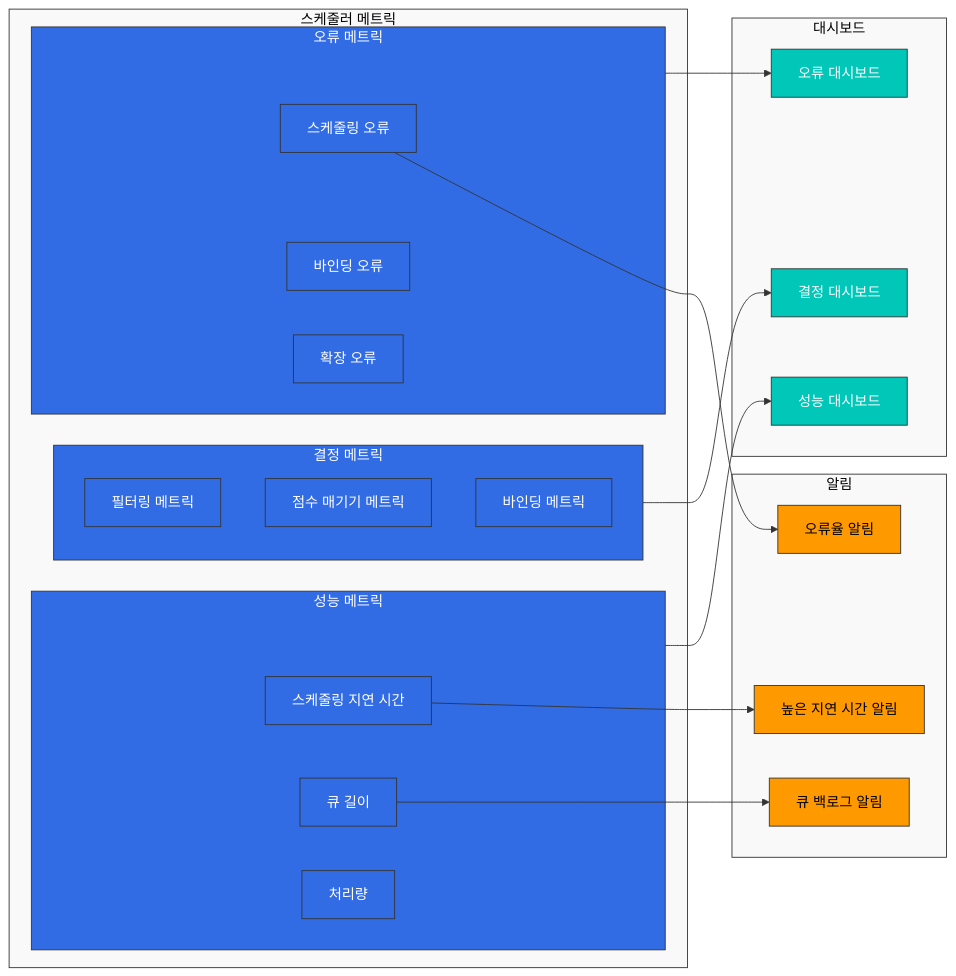
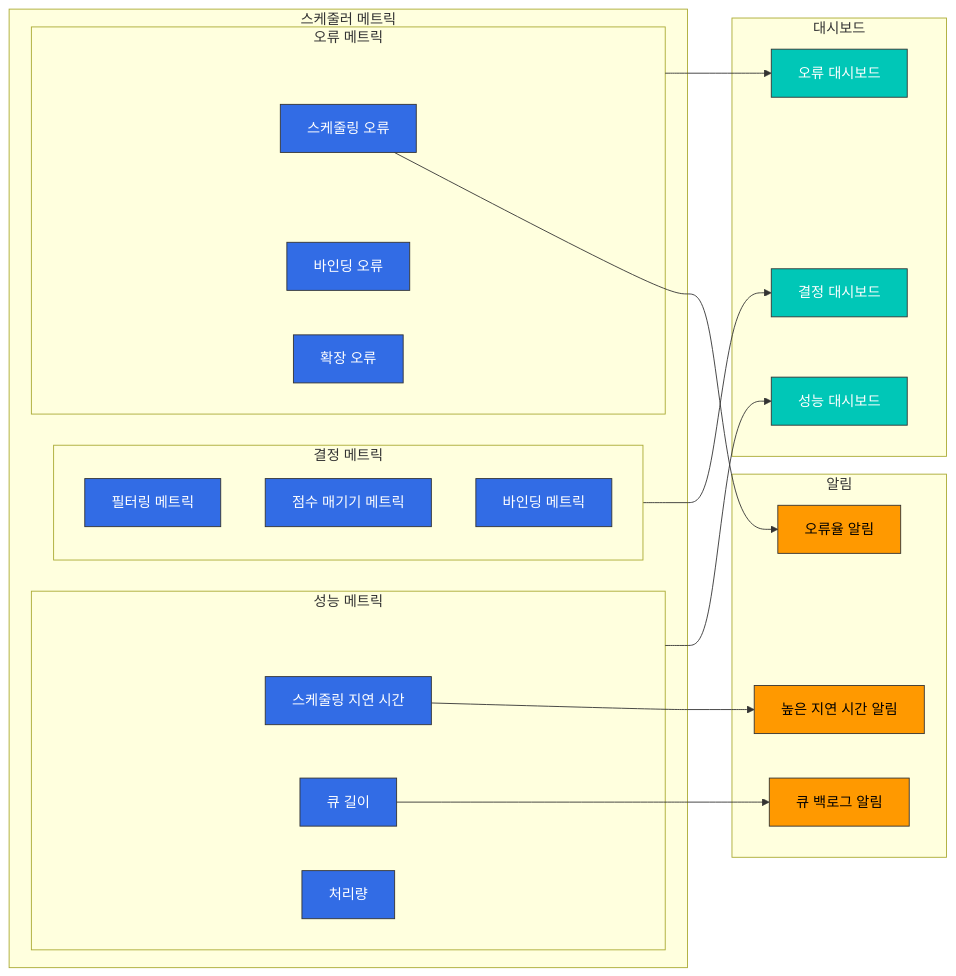
Before and after one commit to Atom-oh/kubernetes-docs: the sixth of 6 diagrams in advanced/02-custom-scheduler-part3.md, drawn with Mermaid. The commit also changed other lines of this file and 1 other file, not shown here.

Commit message:
Fix mermaid diagrams by removing style applications from subgraphs and fixing code blocks

````diff
--- a/advanced/02-custom-scheduler-part3.md
+++ b/advanced/02-custom-scheduler-part3.md
@@ -616,52 +451,50 @@
 ```mermaid
 flowchart LR
     subgraph SchedulerMetrics [스케줄러 메트릭]
         subgraph PerformanceMetrics [성능 메트릭]
             SchedulingLatency[스케줄링 지연 시간]
             QueueLength[큐 길이]
             ThroughputMetrics[처리량]
         end
         
         subgraph DecisionMetrics [결정 메트릭]
             FilteringMetrics[필터링 메트릭]
             ScoringMetrics[점수 매기기 메트릭]
             BindingMetrics[바인딩 메트릭]
         end
         
         subgraph ErrorMetrics [오류 메트릭]
             SchedulingErrors[스케줄링 오류]
             BindingErrors[바인딩 오류]
             ExtenderErrors[확장 오류]
         end
     end
     
     subgraph Dashboards [대시보드]
         PerformanceDashboard[성능 대시보드]
         DecisionDashboard[결정 대시보드]
         ErrorDashboard[오류 대시보드]
     end
     
     subgraph Alerts [알림]
         HighLatencyAlert[높은 지연 시간 알림]
         ErrorRateAlert[오류율 알림]
         QueueBacklogAlert[큐 백로그 알림]
     end
     
     PerformanceMetrics --> PerformanceDashboard
     DecisionMetrics --> DecisionDashboard
     ErrorMetrics --> ErrorDashboard
     
     SchedulingLatency --> HighLatencyAlert
     SchedulingErrors --> ErrorRateAlert
     QueueLength --> QueueBacklogAlert
     
     classDef metricsGroup fill:#326CE5,stroke:#333,stroke-width:1px,color:white;
     classDef dashboardGroup fill:#00C7B7,stroke:#333,stroke-width:1px,color:white;
     classDef alertGroup fill:#FF9900,stroke:#333,stroke-width:1px,color:black;
-    classDef default fill:#f9f9f9,stroke:#333,stroke-width:1px,color:black;
     
-    class PerformanceMetrics,DecisionMetrics,ErrorMetrics,SchedulingLatency,QueueLength,ThroughputMetrics,FilteringMetrics,ScoringMetrics,BindingMetrics,SchedulingErrors,BindingErrors,ExtenderErrors metricsGroup;
+    class SchedulingLatency,QueueLength,ThroughputMetrics,FilteringMetrics,ScoringMetrics,BindingMetrics,SchedulingErrors,BindingErrors,ExtenderErrors metricsGroup;
     class PerformanceDashboard,DecisionDashboard,ErrorDashboard dashboardGroup;
     class HighLatencyAlert,ErrorRateAlert,QueueBacklogAlert alertGroup;
-    class SchedulerMetrics,Dashboards,Alerts default;
 ```
````
